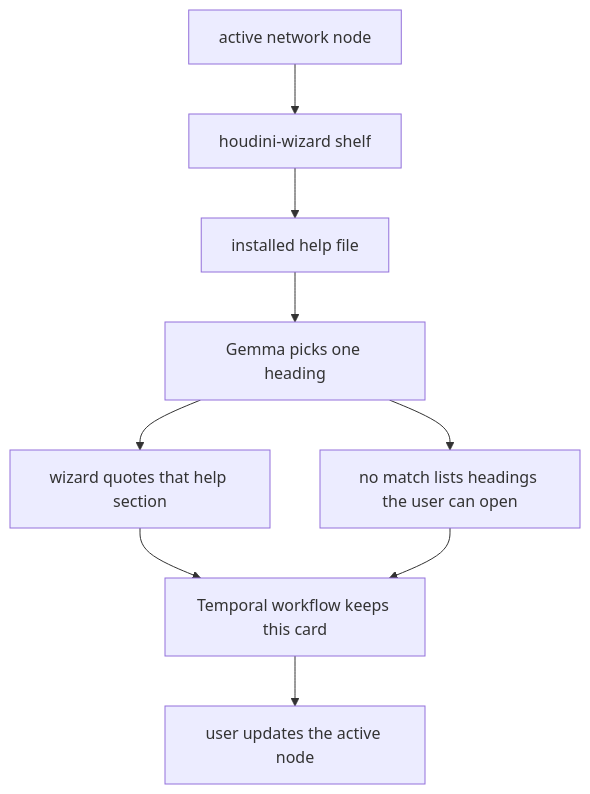
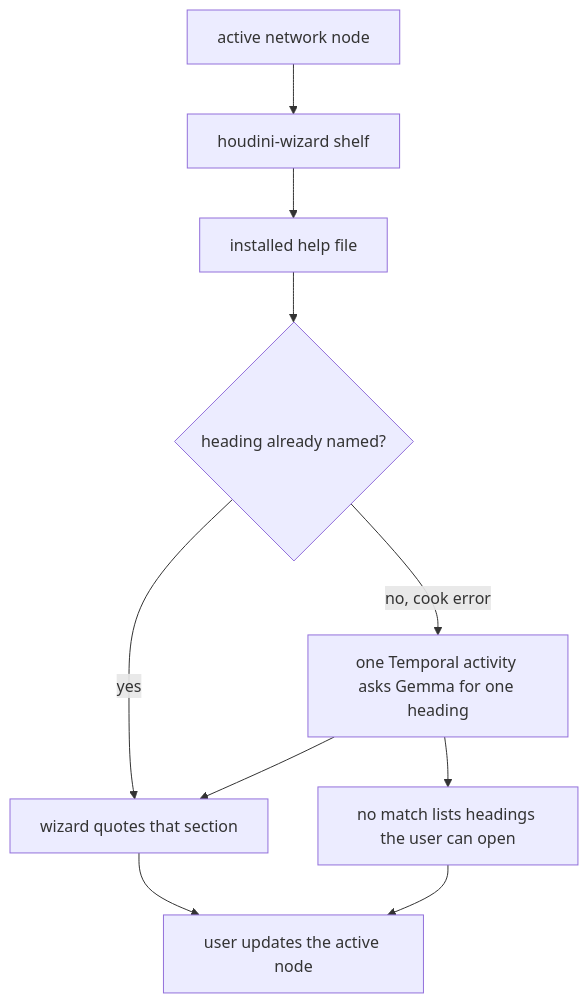
The diagram in FLOW.md (AbisoyeOnanuga/houdini-wizard), drawn with Mermaid before and after one commit. The commit also changed other lines of this file and 8 other files, not shown here.

````diff
--- a/FLOW.md
+++ b/FLOW.md
@@ -7,11 +7,12 @@
 ```mermaid
 flowchart TD
   activeNode["active network node"] --> wizard["houdini-wizard shelf"]
   wizard --> helpFile["installed help file"]
-  helpFile --> gemma["Gemma picks one heading"]
-  gemma --> quote["wizard quotes that help section"]
+  helpFile --> named{"heading already named?"}
+  named -->|yes| quote["wizard quotes that section"]
+  named -->|no, cook error| gemma["one Temporal activity asks Gemma for one heading"]
+  gemma --> quote
   gemma --> noMatch["no match lists headings the user can open"]
-  quote --> temporal["Temporal workflow keeps this card"]
-  noMatch --> temporal
-  temporal --> updated["user updates the active node"]
+  quote --> updated["user updates the active node"]
+  noMatch --> updated
 ```
````
